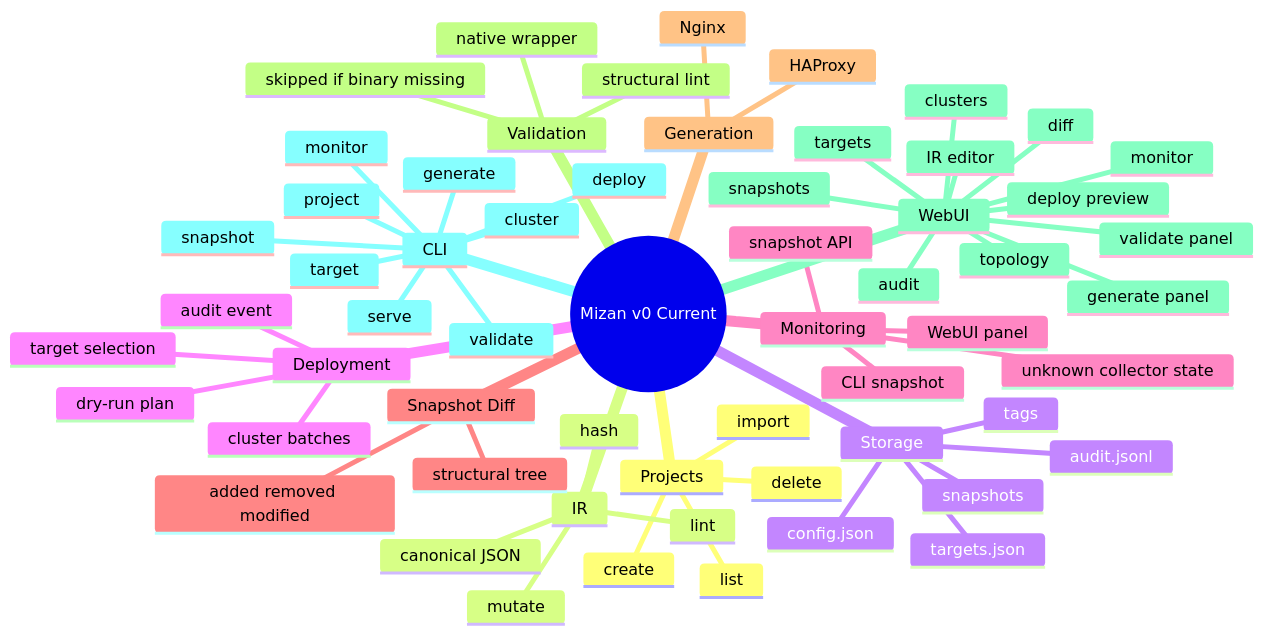
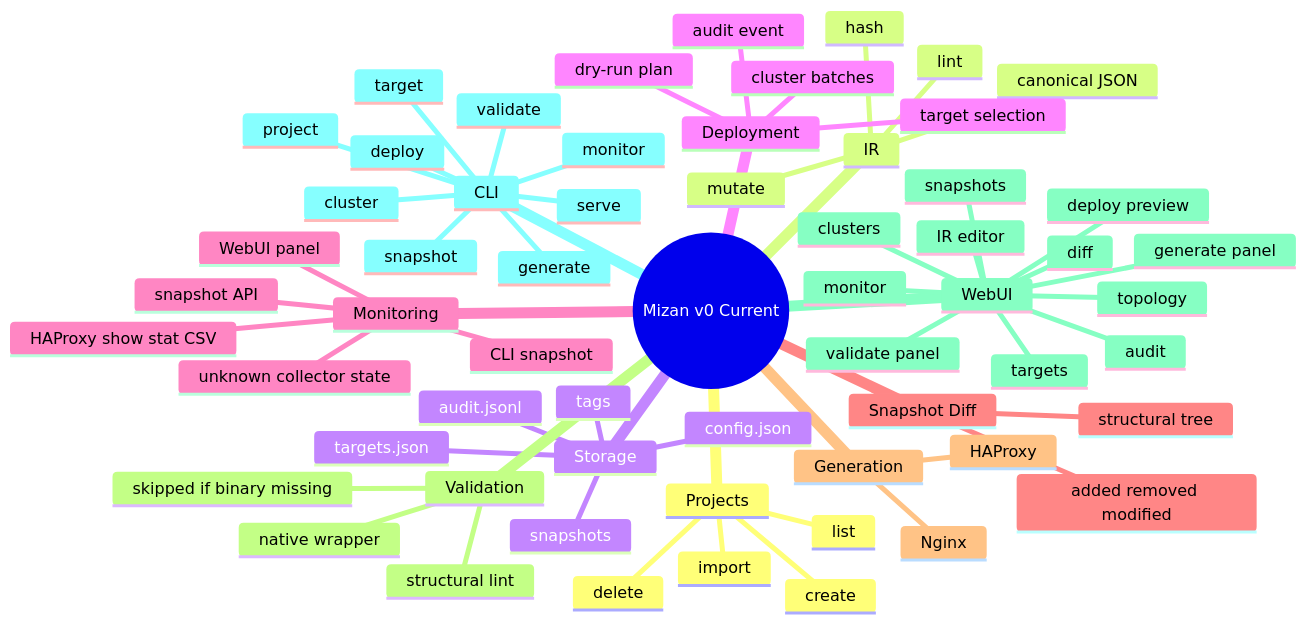
One commit to ersinkoc/Mizan changed diagram 17 of 18 in ARCHITECTURE.md. Above: the diagram before and after it, drawn with Mermaid. The commit also changed other lines of this file and 10 other files, not shown here.

````diff
--- a/ARCHITECTURE.md
+++ b/ARCHITECTURE.md
@@ -501,62 +512,63 @@
 ```mermaid
 mindmap
   root((Mizan v0 Current))
     Projects
       create
       list
       delete
       import
     IR
       lint
       mutate
       hash
       canonical JSON
     Storage
       config.json
       snapshots
       tags
       audit.jsonl
       targets.json
     Deployment
       dry-run plan
       target selection
       cluster batches
       audit event
     Monitoring
       snapshot API
       CLI snapshot
       WebUI panel
+      HAProxy show stat CSV
       unknown collector state
     Snapshot Diff
       structural tree
       added removed modified
     Generation
       HAProxy
       Nginx
     Validation
       structural lint
       native wrapper
       skipped if binary missing
     WebUI
       IR editor
       generate panel
       validate panel
       topology
       snapshots
       diff
       targets
       clusters
       deploy preview
       monitor
       audit
     CLI
       serve
       project
       snapshot
       target
       cluster
       generate
       validate
       deploy
       monitor
 ```
````
